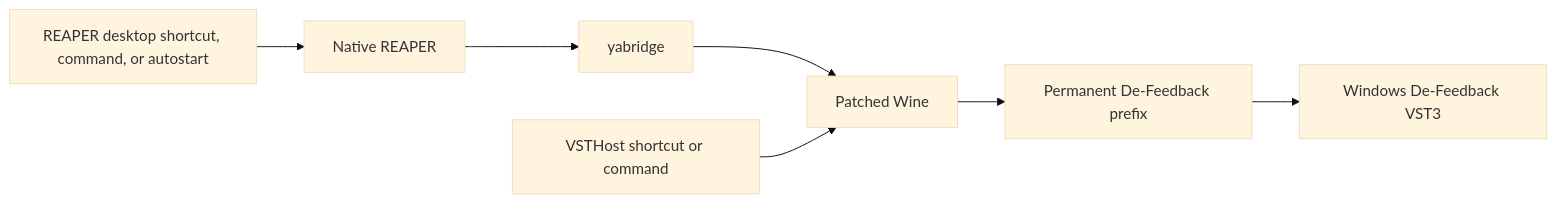
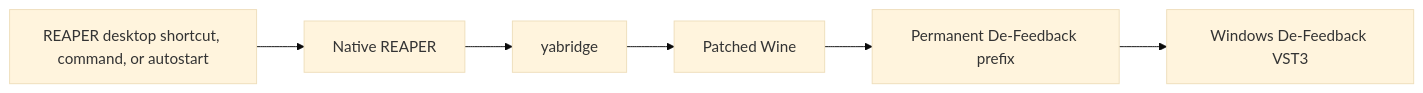
Before and after one commit to psmsmets/defeedback-linux: the diagram in docs/overview.md, drawn with Mermaid (base theme). The commit also changed other lines of this file and 19 other files, not shown here.

````diff
--- a/docs/overview.md
+++ b/docs/overview.md
@@ -7,9 +7,8 @@
 ```mermaid
 flowchart LR
     Desktop["REAPER desktop shortcut, command, or autostart"] --> Reaper["Native REAPER"]
     Reaper --> Bridge["yabridge"]
     Bridge --> Wine["Patched Wine"]
-    License["VSTHost shortcut or command"] --> Wine
     Wine --> Prefix["Permanent De-Feedback prefix"]
     Prefix --> VST["Windows De-Feedback VST3"]
 ```
````
